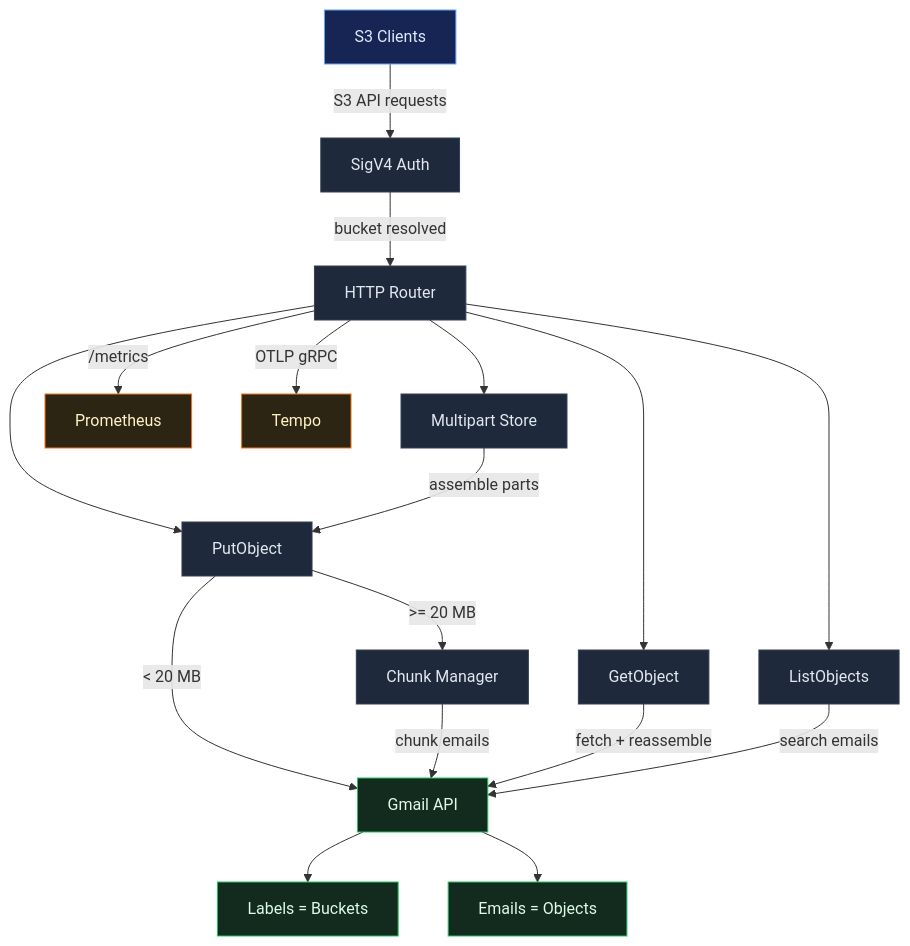
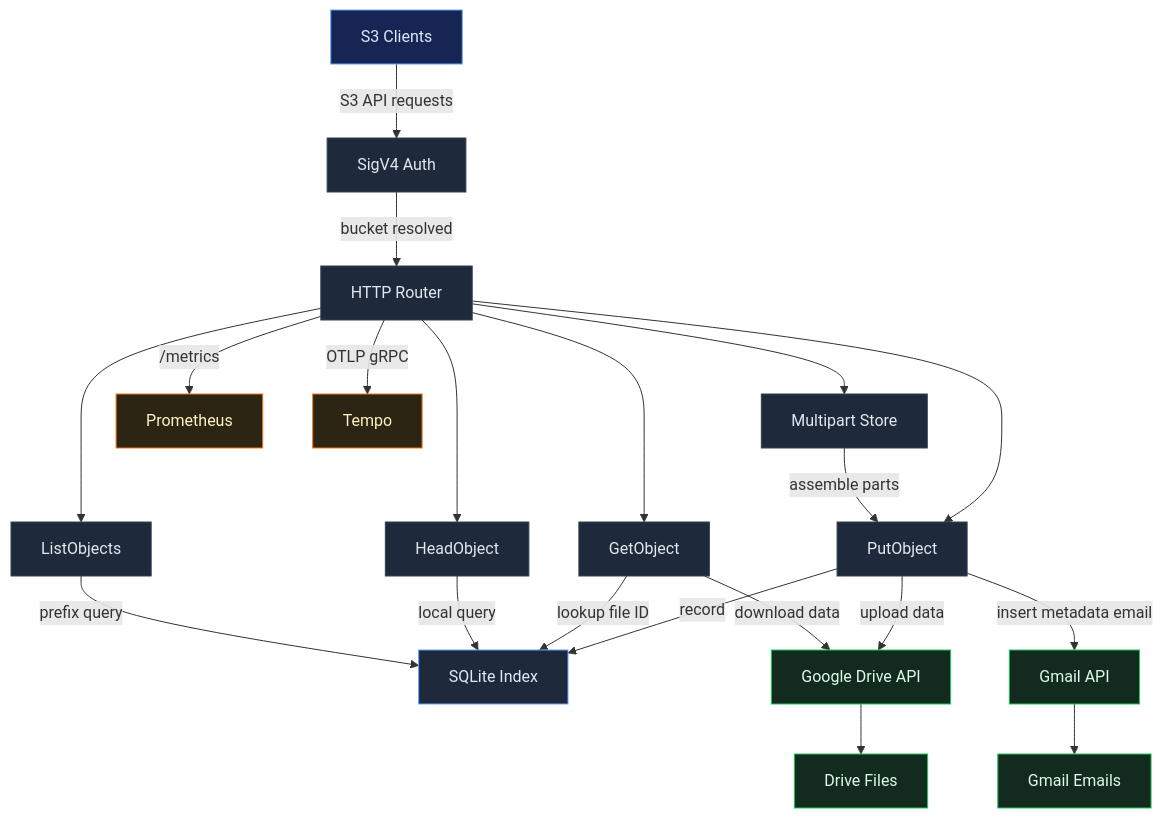
One commit to afreidah/g3 changed the diagram in web/content/docs/architecture.md. Above: the diagram before and after it, drawn with Mermaid. The commit also changed other lines of this file and 6 other files, not shown here.

First line of the commit message:
docs: update all documentation for Drive hybrid and SQLite index

```diff
--- a/web/content/docs/architecture.md
+++ b/web/content/docs/architecture.md
@@ -36,43 +36,50 @@
 {{< mermaid >}}
 flowchart TD
     CLIENT["S3 Clients"]
     AUTH["SigV4 Auth"]
     ROUTER["HTTP Router"]
     PUT["PutObject"]
     GET["GetObject"]
+    HEAD["HeadObject"]
     LIST["ListObjects"]
     MULTI["Multipart Store"]
-    CHUNK["Chunk Manager"]
+    SQLITE["SQLite Index"]
+    DRIVE["Google Drive API"]
     GMAIL["Gmail API"]
-    LABELS["Labels = Buckets"]
-    EMAILS["Emails = Objects"]
+    DRIVESTORE["Drive Files"]
+    GMAILSTORE["Gmail Emails"]
     METRICS["Prometheus"]
     TRACING["Tempo"]
 
     CLIENT -->|"S3 API requests"| AUTH
     AUTH -->|"bucket resolved"| ROUTER
     ROUTER --> PUT
     ROUTER --> GET
+    ROUTER --> HEAD
     ROUTER --> LIST
     ROUTER --> MULTI
     MULTI -->|"assemble parts"| PUT
-    PUT -->|"< 20 MB"| GMAIL
-    PUT -->|">= 20 MB"| CHUNK
-    CHUNK -->|"chunk emails"| GMAIL
-    GET -->|"fetch + reassemble"| GMAIL
-    LIST -->|"search emails"| GMAIL
-    GMAIL --> LABELS
-    GMAIL --> EMAILS
+    PUT -->|"upload data"| DRIVE
+    PUT -->|"insert metadata email"| GMAIL
+    PUT -->|"record"| SQLITE
+    GET -->|"lookup file ID"| SQLITE
+    GET -->|"download data"| DRIVE
+    HEAD -->|"local query"| SQLITE
+    LIST -->|"prefix query"| SQLITE
+    DRIVE --> DRIVESTORE
+    GMAIL --> GMAILSTORE
     ROUTER -->|"/metrics"| METRICS
     ROUTER -->|"OTLP gRPC"| TRACING
 
     classDef client fill:#172554,stroke:#60a5fa,color:#dbeafe
     classDef server fill:#1e293b,stroke:#334155,color:#e2e8f0
-    classDef gmail fill:#132a1f,stroke:#22c55e,color:#dcfce7
+    classDef google fill:#132a1f,stroke:#22c55e,color:#dcfce7
+    classDef local fill:#1e293b,stroke:#60a5fa,color:#dbeafe
     classDef obs fill:#2d2513,stroke:#f97316,color:#fef3c7
 
     class CLIENT client
-    class AUTH,ROUTER,PUT,GET,LIST,MULTI,CHUNK server
-    class GMAIL,LABELS,EMAILS gmail
+    class AUTH,ROUTER,PUT,GET,HEAD,LIST,MULTI server
+    class DRIVE,GMAIL,DRIVESTORE,GMAILSTORE google
+    class SQLITE local
     class METRICS,TRACING obs
 {{< /mermaid >}}
```
